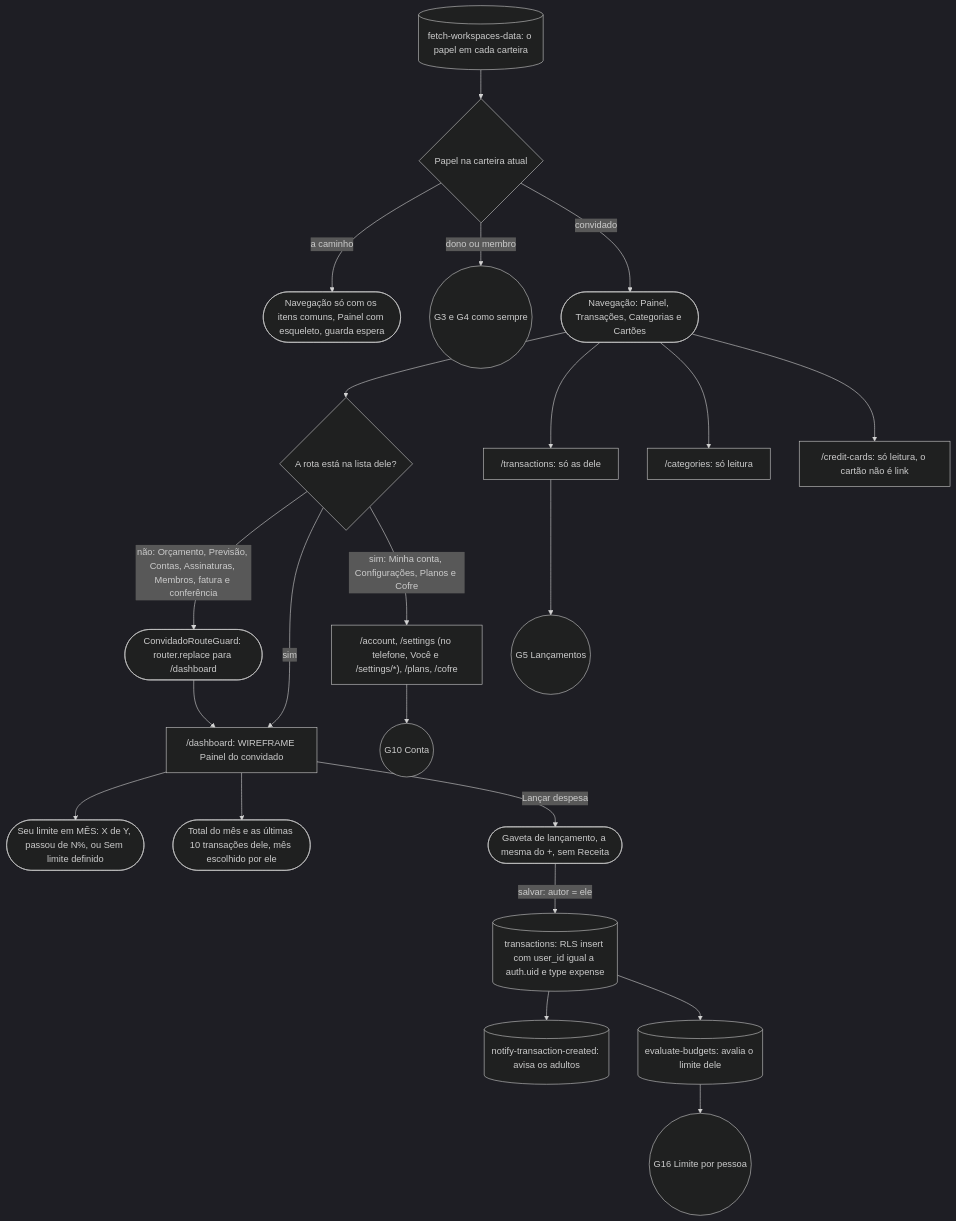
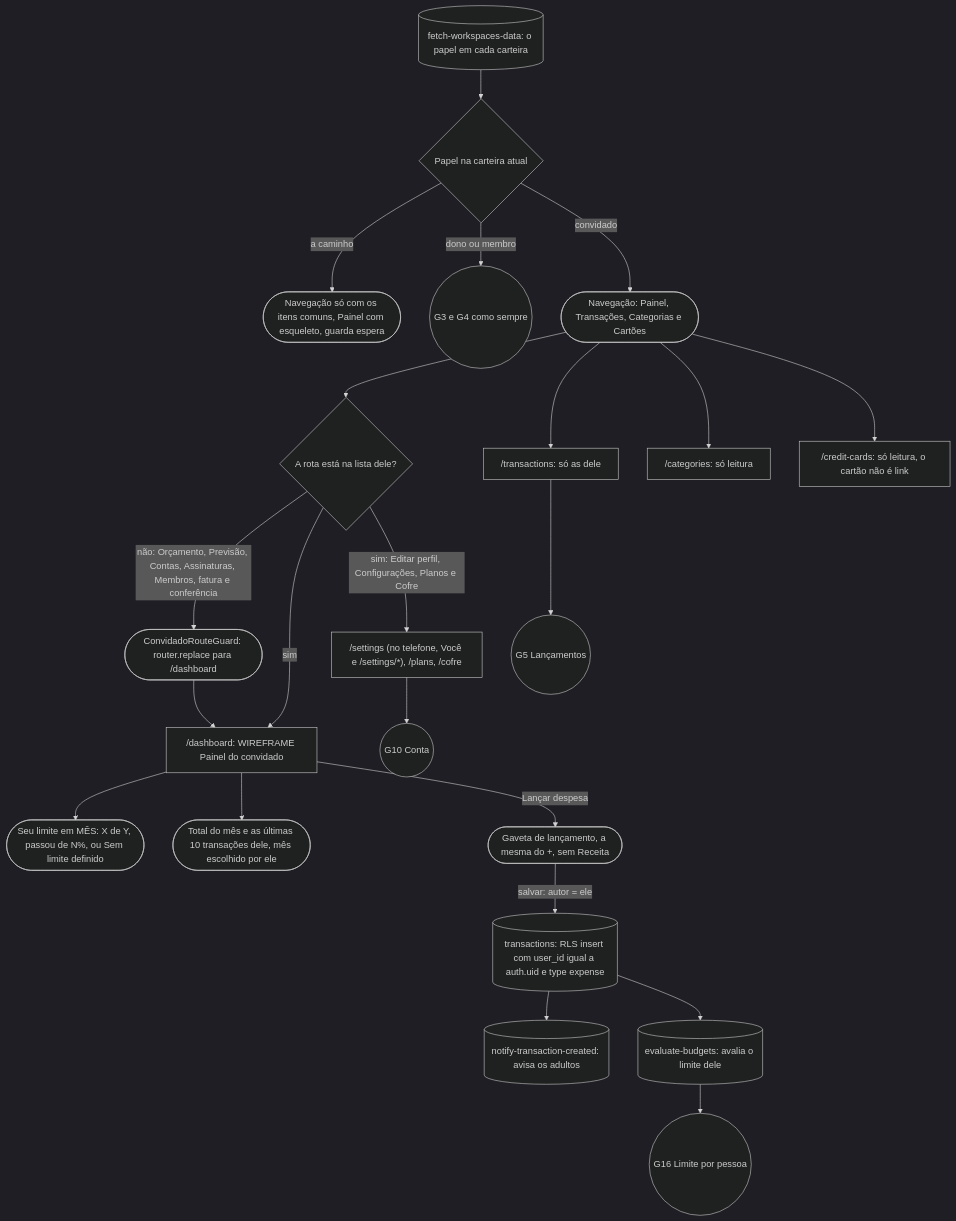
One commit to kauax2000/finance_app changed diagram 23 of 32 in docs/JORNADAS.md. Above: the diagram before and after it, drawn with Mermaid. The commit also changed other lines of this file and 4 other files, not shown here.

Commit message:
docs(jornadas): o fim da página Minha conta

````diff
--- a/docs/JORNADAS.md
+++ b/docs/JORNADAS.md
@@ -1713,25 +1715,25 @@
 ```mermaid
 %%{init: {"theme": "dark"}}%%
 flowchart TD
     carteiras[("fetch-workspaces-data: o papel em cada carteira")] --> papelQ{"Papel na carteira atual"}
     papelQ -->|"a caminho"| espera(["Navegação só com os itens comuns, Painel com esqueleto, guarda espera"])
     papelQ -->|"dono ou membro"| casa(("G3 e G4 como sempre"))
     papelQ -->|"convidado"| navCv(["Navegação: Painel, Transações, Categorias e Cartões"])
     navCv --> rota{"A rota está na lista dele?"}
     rota -->|"não: Orçamento, Previsão, Contas, Assinaturas, Membros, fatura e conferência"| volta(["ConvidadoRouteGuard: router.replace para /dashboard"])
     rota -->|"sim"| painelCv["/dashboard: WIREFRAME Painel do convidado"]
     volta --> painelCv
     painelCv --> limiteCv(["Seu limite em MÊS: X de Y, passou de N%, ou Sem limite definido"])
     painelCv --> totalCv(["Total do mês e as últimas 10 transações dele, mês escolhido por ele"])
     painelCv -->|"Lançar despesa"| formCv(["Gaveta de lançamento, a mesma do +, sem Receita"])
     formCv -->|"salvar: autor = ele"| insere[("transactions: RLS insert com user_id igual a auth.uid e type expense")]
     insere --> avisaCasa[("notify-transaction-created: avisa os adultos")]
     insere --> avalia[("evaluate-budgets: avalia o limite dele")]
     avalia --> G16(("G16 Limite por pessoa"))
     navCv --> transCv["/transactions: só as dele"]
     transCv --> G5(("G5 Lançamentos"))
     navCv --> catsCv["/categories: só leitura"]
     navCv --> cardsCv["/credit-cards: só leitura, o cartão não é link"]
-    rota -->|"sim: Minha conta, Configurações, Planos e Cofre"| contaCv["/account, /settings (no telefone, Você e /settings/*), /plans, /cofre"]
+    rota -->|"sim: Editar perfil, Configurações, Planos e Cofre"| contaCv["/settings (no telefone, Você e /settings/*), /plans, /cofre"]
     contaCv --> G10(("G10 Conta"))
 ```
````
